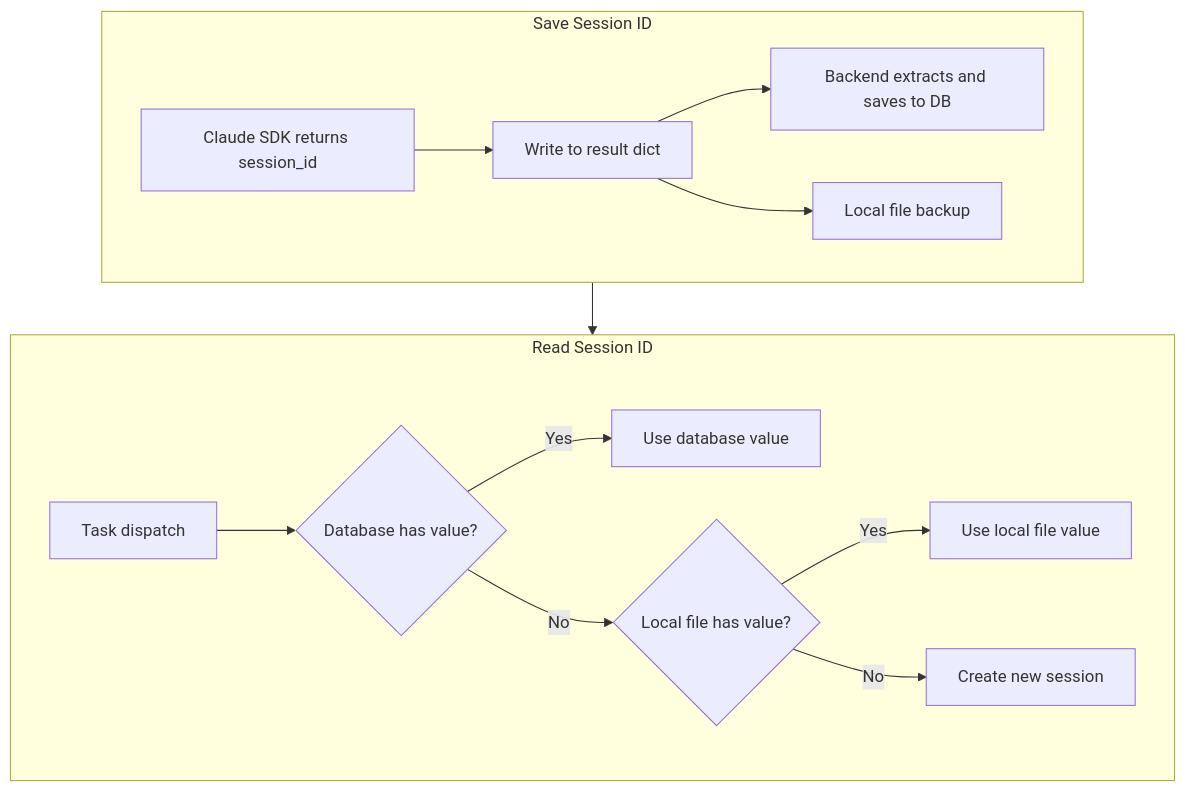
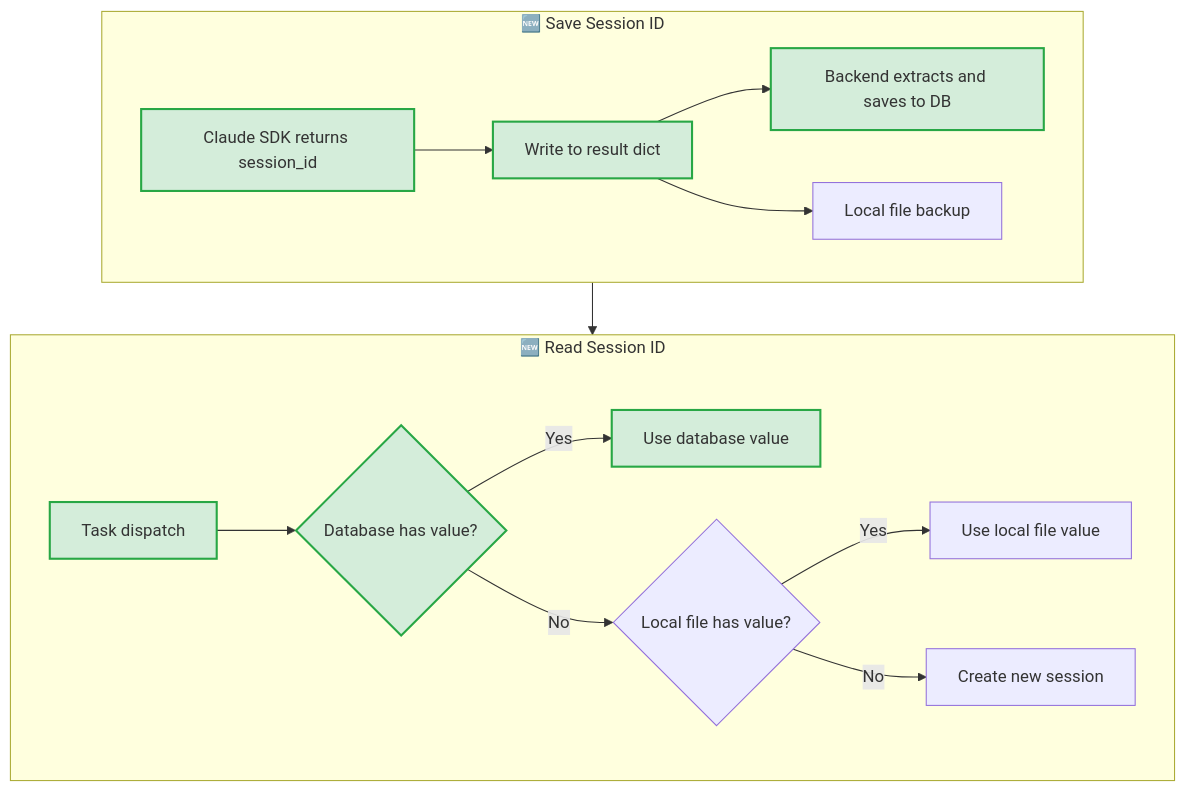
Before and after one commit to sunnights/Wegent: the fourth of 8 diagrams in docs/en/features/task-restore.md, drawn with Mermaid. The commit also changed other lines of this file and 1 other file, not shown here.

First line of the commit message:
docs: highlight new features in Mermaid diagrams with green styling

````diff
--- a/docs/en/features/task-restore.md
+++ b/docs/en/features/task-restore.md
@@ -104,20 +116,22 @@
 ```mermaid
 flowchart TB
-    subgraph SaveFlow["Save Session ID"]
+    subgraph SaveFlow["🆕 Save Session ID"]
         direction LR
-        A1[Claude SDK returns session_id] --> A2[Write to result dict]
-        A2 --> A3[Backend extracts and saves to DB]
+        A1[Claude SDK returns session_id]:::new --> A2[Write to result dict]:::new
+        A2 --> A3[Backend extracts and saves to DB]:::new
         A2 --> A4[Local file backup]
     end
 
-    subgraph ReadFlow["Read Session ID"]
+    subgraph ReadFlow["🆕 Read Session ID"]
         direction LR
-        B1[Task dispatch] --> B2{Database has value?}
-        B2 -->|Yes| B3[Use database value]
+        B1[Task dispatch]:::new --> B2{Database has value?}:::new
+        B2 -->|Yes| B3[Use database value]:::new
         B2 -->|No| B4{Local file has value?}
         B4 -->|Yes| B5[Use local file value]
         B4 -->|No| B6[Create new session]
     end
 
     SaveFlow --> ReadFlow
+
+    classDef new fill:#d4edda,stroke:#28a745,stroke-width:2px
 ```
````
